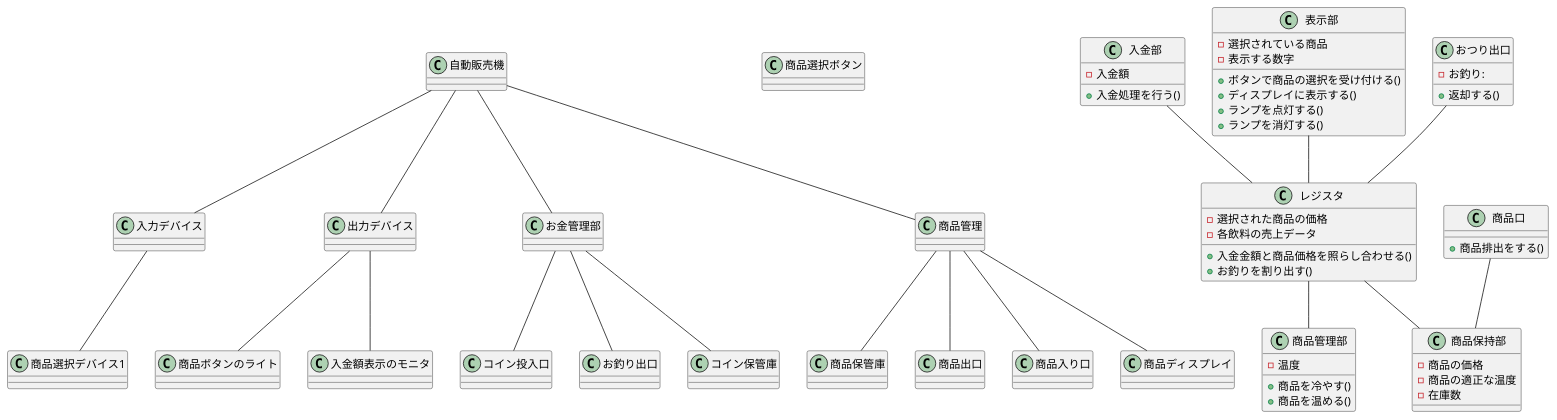
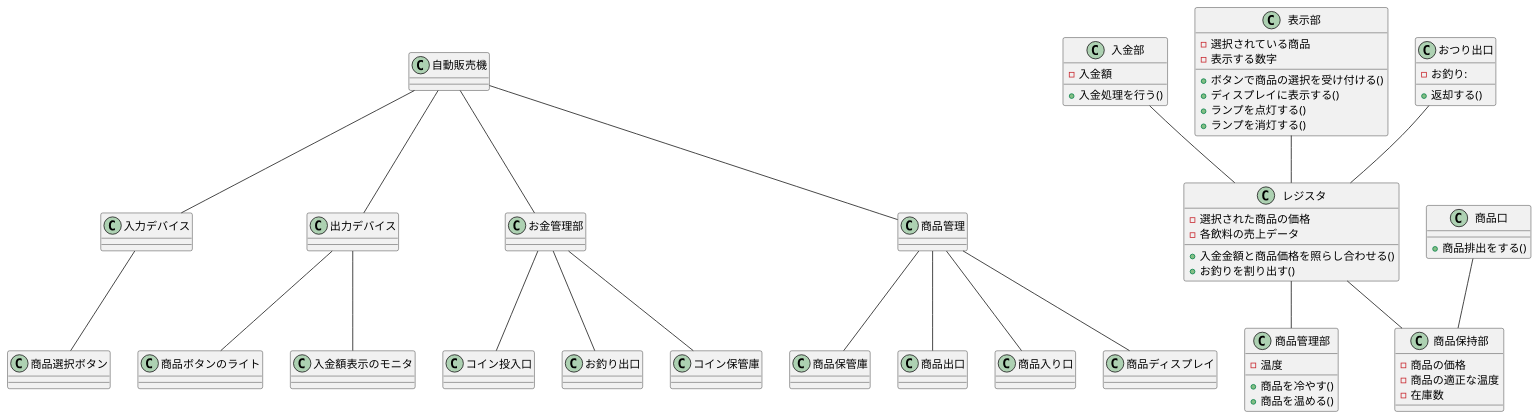
One commit to SLP-ETR-public/plantUML-recture changed the diagram in kattsun17/Q03/class.pu. Above: the diagram before and after it, drawn with PlantUML. The commit also changed 1 other file, not shown here.

```diff
--- a/kattsun17/Q03/class.pu
+++ b/kattsun17/Q03/class.pu
@@ -1,130 +1,130 @@
 @startuml
 
 class 入力デバイス {
 
 }
 
 class 出力デバイス {
 
 }
 
 class 商品選択ボタン {
 
 }
 
 class 商品ボタンのライト {
 
 }
 
 class 入金額表示のモニタ {
 
 }
 
 class お金管理部 {
 
 }
 
 class コイン投入口 {
 
 }
 
 class お釣り出口 {
 
 }
 
 class コイン保管庫 {
 
 }
 
 class 商品管理 {
 
 }
 
 class 商品保管庫 {
 
 }
 
 class 商品出口 {
 
 }
 
 class 商品入り口 {
 
 }
 
 class 商品ディスプレイ {
 
 }
 
 class 自動販売機 {
 
 }
 
 
 class 入金部 {
     - 入金額
     + 入金処理を行う()
 }
 
 class 表示部 {
     - 選択されている商品
     - 表示する数字
     + ボタンで商品の選択を受け付ける()
     + ディスプレイに表示する()
     + ランプを点灯する()
     + ランプを消灯する()
 }
 
 class レジスタ {
     - 選択された商品の価格
     - 各飲料の売上データ
     + 入金金額と商品価格を照らし合わせる()
     + お釣りを割り出す()
 }
 
 class おつり出口 {
     - お釣り:
     + 返却する()
 }
 
 class 商品管理部 {
     - 温度
     + 商品を冷やす()
     + 商品を温める()
 }
 
 class 商品保持部 {
     - 商品の価格
     - 商品の適正な温度
     - 在庫数
 }
 
 class 商品口 {
     + 商品排出をする()
 } 
 
 レジスタ -- 商品保持部
 商品口 -- 商品保持部
 おつり出口 -- レジスタ
 入金部 -- レジスタ
 レジスタ -- 商品管理部
 表示部 -- レジスタ
 
-入力デバイス -- 商品選択デバイス1
+入力デバイス -- 商品選択ボタン
 出力デバイス -- 商品ボタンのライト
 出力デバイス -- 入金額表示のモニタ
 お金管理部 -- コイン投入口
 お金管理部 -- お釣り出口
 お金管理部 -- コイン保管庫
 商品管理 -- 商品保管庫
 商品管理 -- 商品出口
 商品管理 -- 商品入り口
 商品管理 -- 商品ディスプレイ 
 
 自動販売機 -- 商品管理
 自動販売機 -- お金管理部
 自動販売機 -- 出力デバイス
 自動販売機 -- 入力デバイス
 
 
 @enduml
```
